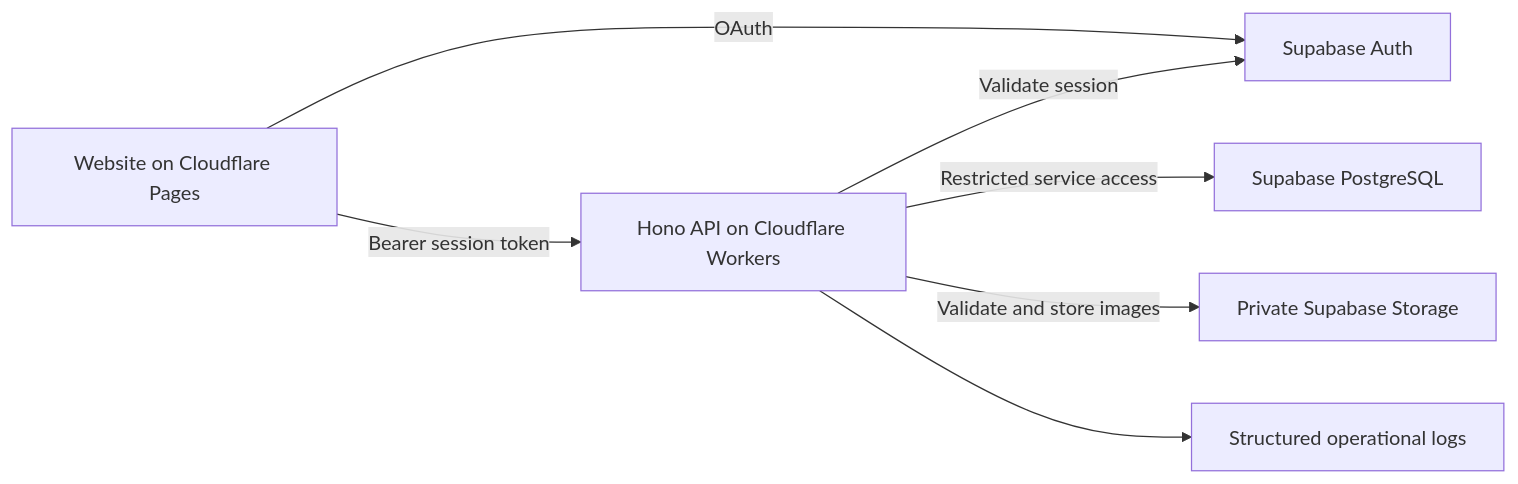
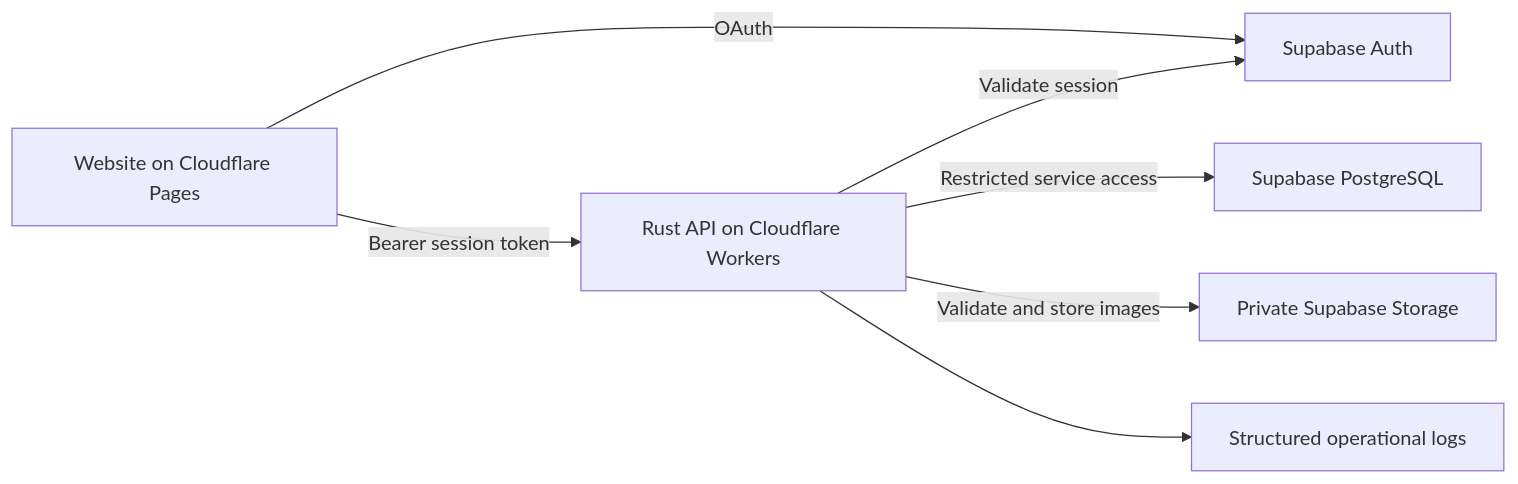
The second of 2 diagrams in docs/architecture.md (Arjunb32/technology-problem-tracker), drawn with Mermaid before and after one commit. The commit also changed other lines of this file and 58 other files, not shown here.

````diff
--- a/docs/architecture.md
+++ b/docs/architecture.md
@@ -36,9 +36,9 @@
 ```mermaid
 flowchart LR
   Browser[Website on Cloudflare Pages] -->|OAuth| Auth[Supabase Auth]
-  Browser -->|Bearer session token| API[Hono API on Cloudflare Workers]
+  Browser -->|Bearer session token| API[Rust API on Cloudflare Workers]
   API -->|Validate session| Auth
   API -->|Restricted service access| DB[Supabase PostgreSQL]
   API -->|Validate and store images| Storage[Private Supabase Storage]
   API --> Logs[Structured operational logs]
 ```
````
